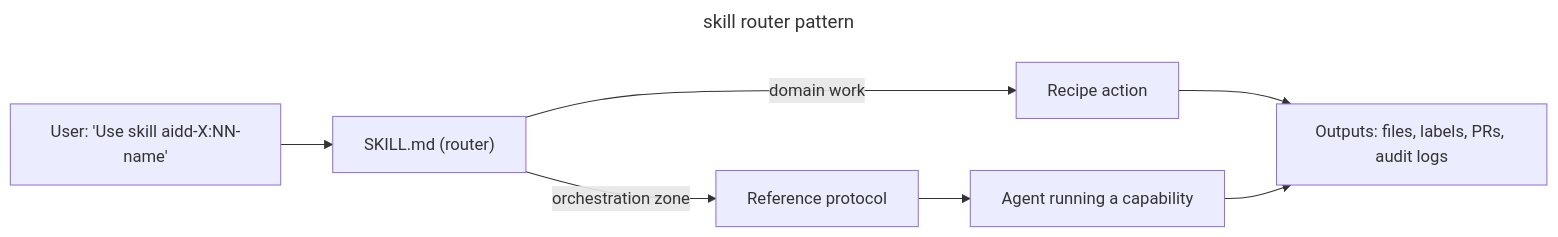
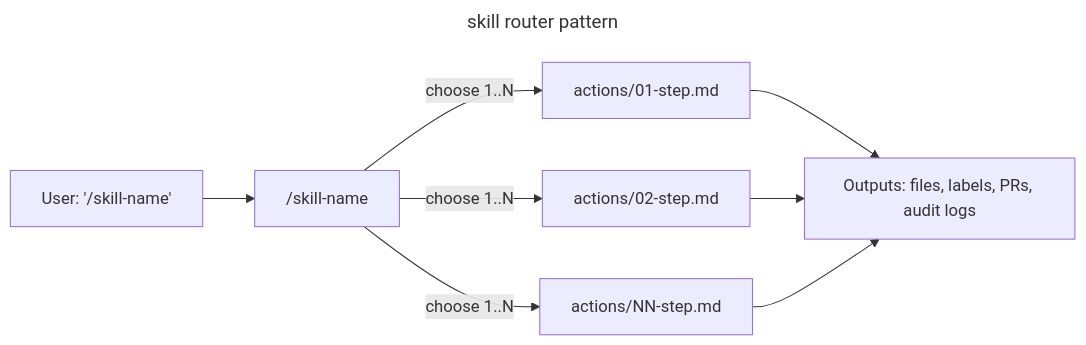
The second of 2 diagrams in docs/ARCHITECTURE.md (ai-driven-dev/aidd-framework), drawn with Mermaid before and after one commit. The commit also changed other lines of this file and 4 other files, not shown here.

````diff
--- a/docs/ARCHITECTURE.md
+++ b/docs/ARCHITECTURE.md
@@ -123,19 +123,20 @@
 ```mermaid
 ---
 title: skill router pattern
 ---
 flowchart LR
-  User["User: 'Use skill aidd-X:NN-name'"]
-  Skill["SKILL.md (router)"]
-  Action["Recipe action"]
-  Protocol["Reference protocol"]
-  Agent["Agent running a capability"]
+  User["User: '/skill-name'"]
+  Skill["/skill-name"]
+  Action1["actions/01-step.md"]
+  Action2["actions/02-step.md"]
+  ActionN["actions/NN-step.md"]
   Out["Outputs: files, labels, PRs, audit logs"]
 
   User --> Skill
-  Skill -->|"domain work"| Action
-  Skill -->|"orchestration zone"| Protocol
-  Protocol --> Agent
-  Action --> Out
-  Agent --> Out
+  Skill -->|"choose 1..N"| Action1
+  Skill -->|"choose 1..N"| Action2
+  Skill -->|"choose 1..N"| ActionN
+  Action1 --> Out
+  Action2 --> Out
+  ActionN --> Out
 ```
````
